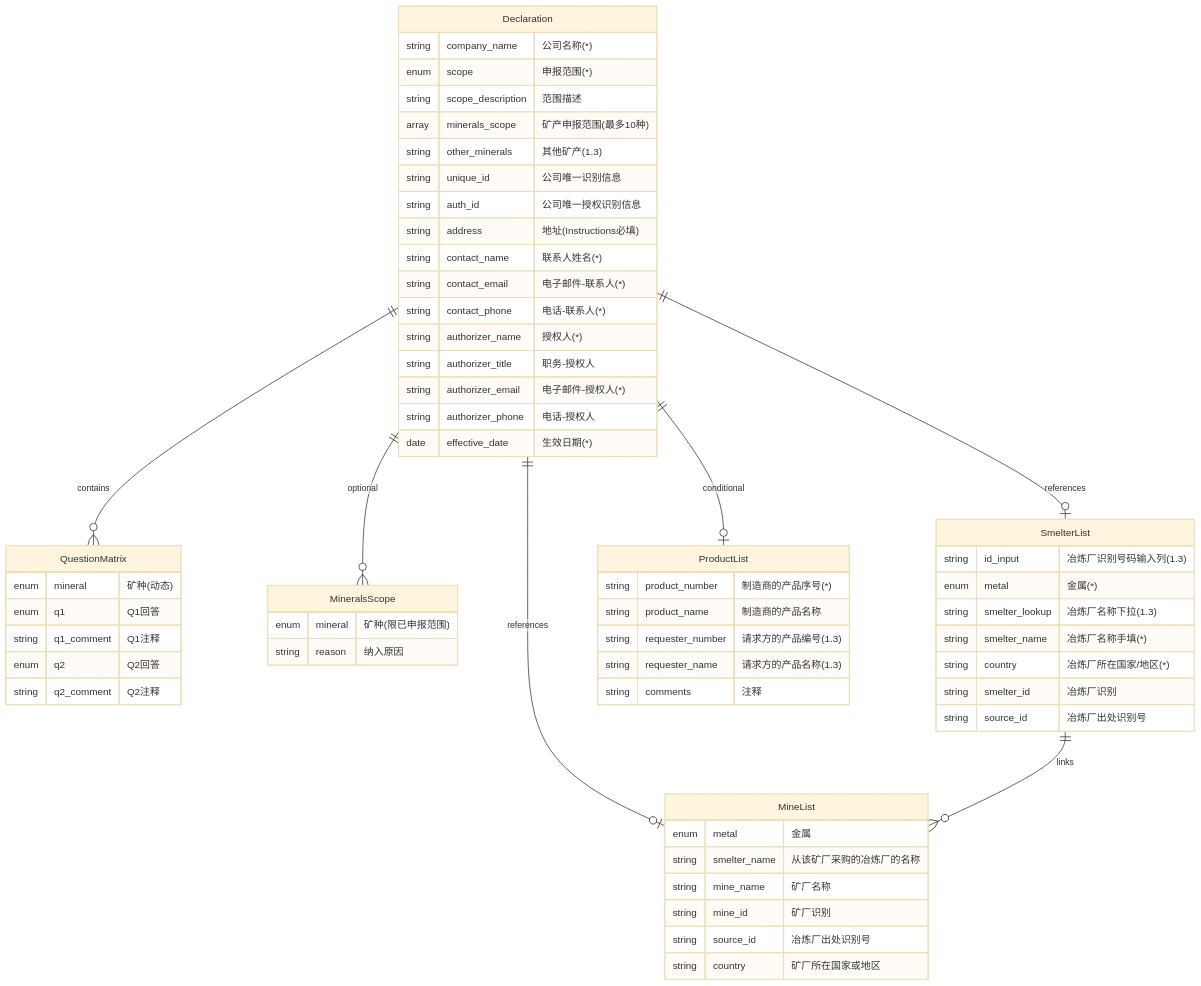
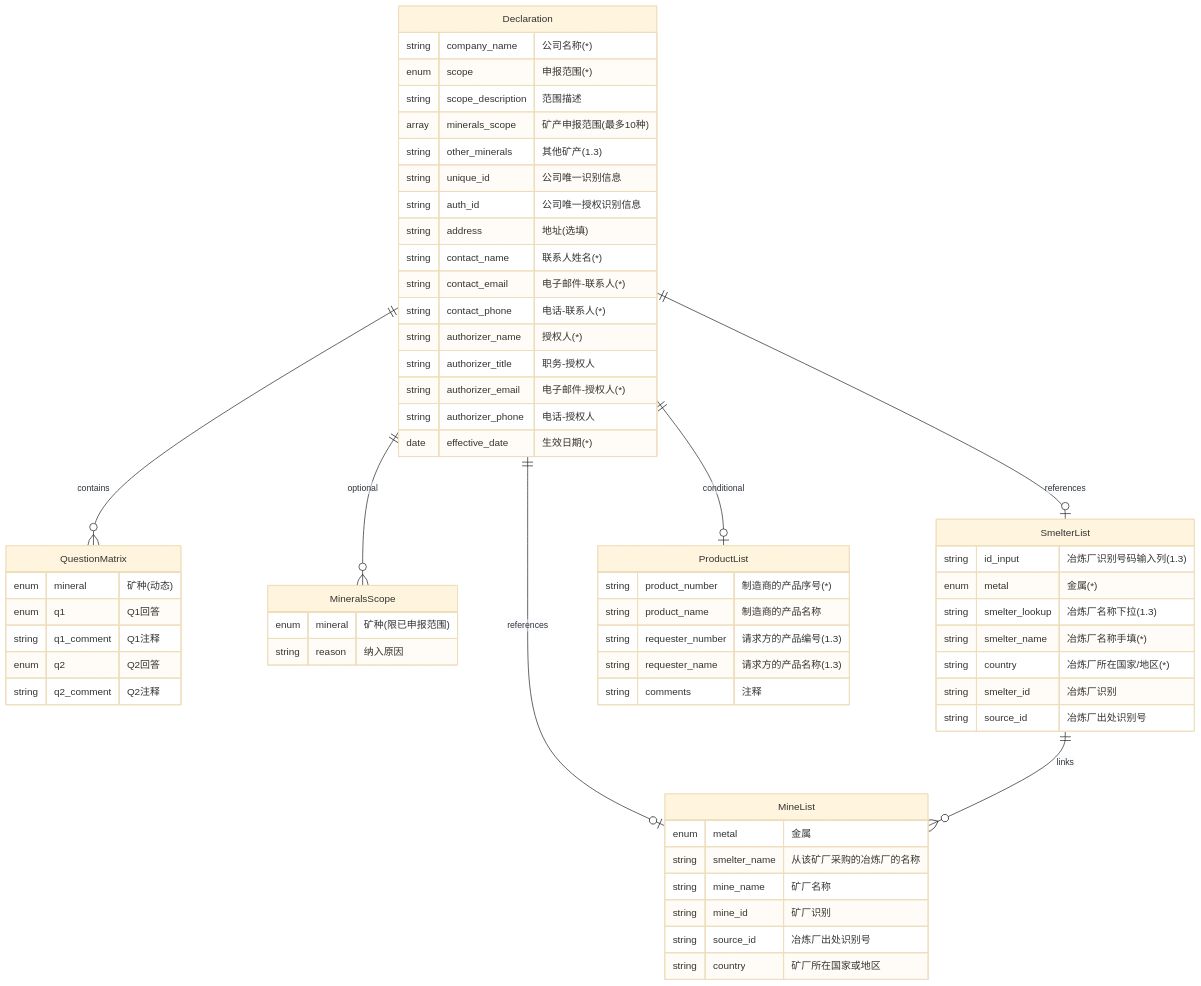
Before and after one commit to cirscn/cm-reporting: the sixth of 9 diagrams in docs/04-amrt-prd.md, drawn with Mermaid (base theme). The commit also changed other lines of this file and 9 other files, not shown here.

````diff
--- a/docs/04-amrt-prd.md
+++ b/docs/04-amrt-prd.md
@@ -189,68 +190,68 @@
 ```mermaid
 erDiagram
     Declaration ||--o{ QuestionMatrix : contains
     Declaration ||--o{ MineralsScope : optional
     Declaration ||--o| SmelterList : references
     Declaration ||--o| MineList : references
     Declaration ||--o| ProductList : conditional
     SmelterList ||--o{ MineList : links
     
     Declaration {
         string company_name "公司名称(*)"
         enum scope "申报范围(*)"
         string scope_description "范围描述"
         array minerals_scope "矿产申报范围(最多10种)"
         string other_minerals "其他矿产(1.3)"
         string unique_id "公司唯一识别信息"
         string auth_id "公司唯一授权识别信息"
-        string address "地址(Instructions必填)"
+        string address "地址(选填)"
         string contact_name "联系人姓名(*)"
         string contact_email "电子邮件-联系人(*)"
         string contact_phone "电话-联系人(*)"
         string authorizer_name "授权人(*)"
         string authorizer_title "职务-授权人"
         string authorizer_email "电子邮件-授权人(*)"
         string authorizer_phone "电话-授权人"
         date effective_date "生效日期(*)"
     }
     
     QuestionMatrix {
         enum mineral "矿种(动态)"
         enum q1 "Q1回答"
         string q1_comment "Q1注释"
         enum q2 "Q2回答"
         string q2_comment "Q2注释"
     }
     
     MineralsScope {
         enum mineral "矿种(限已申报范围)"
         string reason "纳入原因"
     }
     
     SmelterList {
         string id_input "冶炼厂识别号码输入列(1.3)"
         enum metal "金属(*)"
         string smelter_lookup "冶炼厂名称下拉(1.3)"
         string smelter_name "冶炼厂名称手填(*)"
         string country "冶炼厂所在国家/地区(*)"
         string smelter_id "冶炼厂识别"
         string source_id "冶炼厂出处识别号"
     }
     
     MineList {
         enum metal "金属"
         string smelter_name "从该矿厂采购的冶炼厂的名称"
         string mine_name "矿厂名称"
         string mine_id "矿厂识别"
         string source_id "冶炼厂出处识别号"
         string country "矿厂所在国家或地区"
     }
     
     ProductList {
         string product_number "制造商的产品序号(*)"
         string product_name "制造商的产品名称"
         string requester_number "请求方的产品编号(1.3)"
         string requester_name "请求方的产品名称(1.3)"
         string comments "注释"
     }
 ```
````
